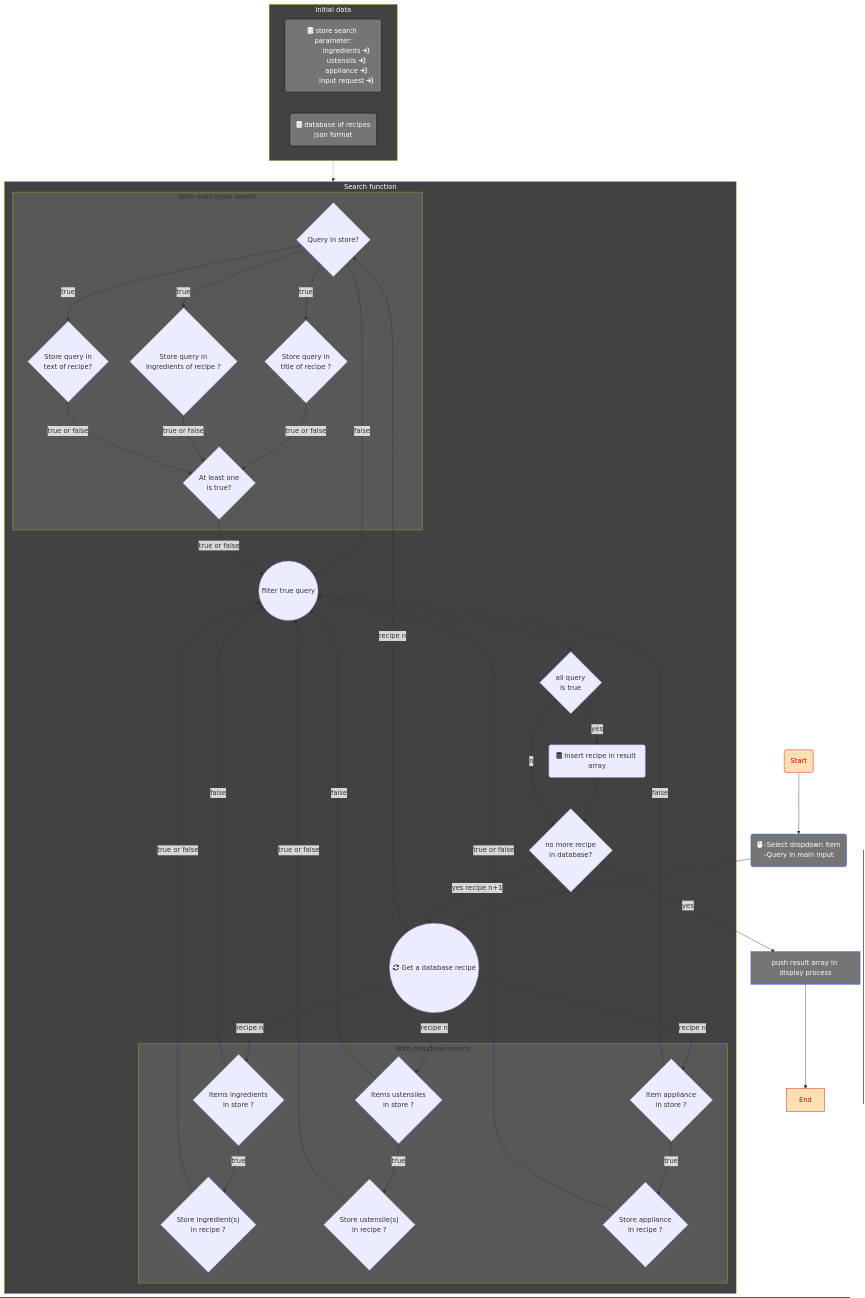
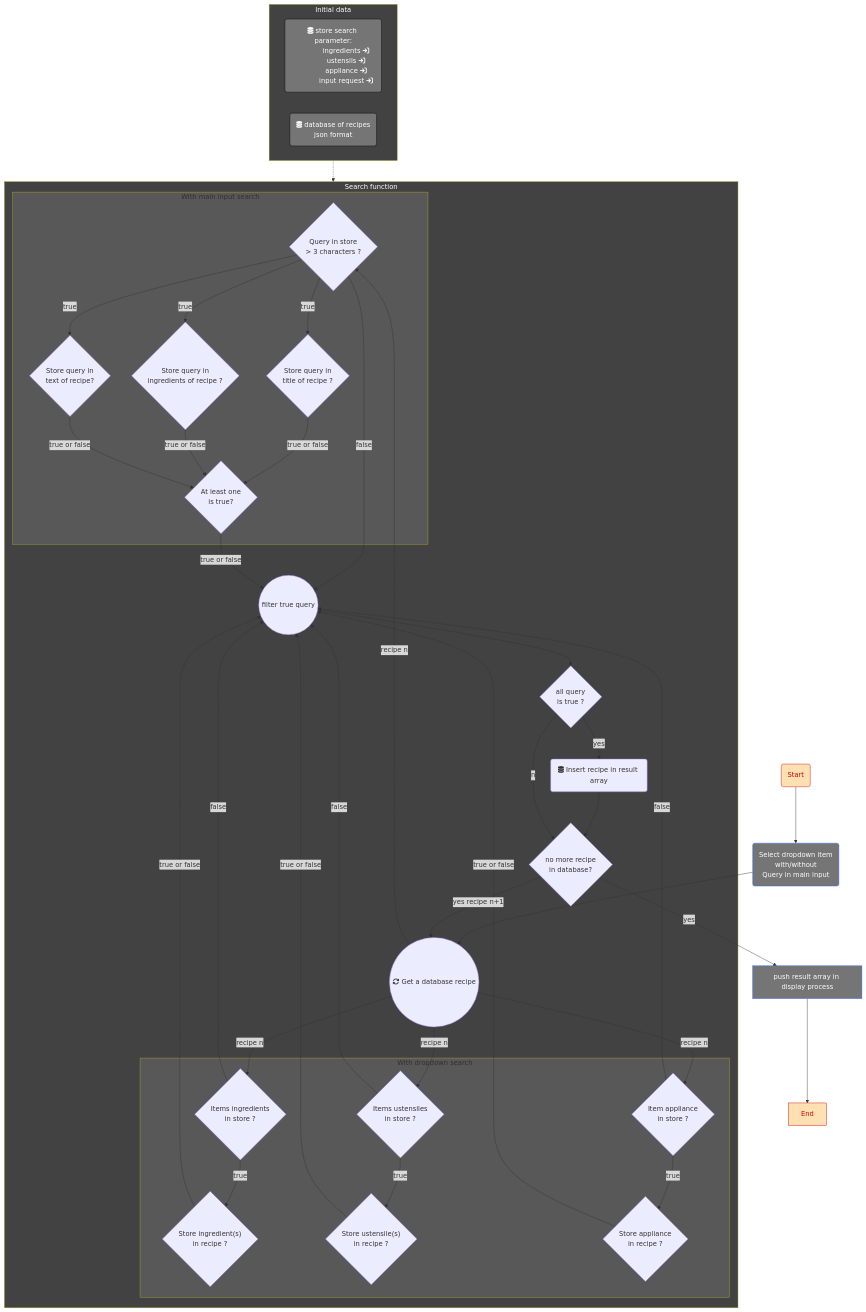
One commit to fbedouet/OC-Project_7--LesPetitsPlats changed the diagram in README.md. Above: the diagram before and after it, drawn with Mermaid. The commit also changed other lines of this file, not shown here.

Commit message:
documentation update

```diff
--- a/README.md
+++ b/README.md
@@ -29,7 +30,7 @@
         get(("fa:fa-arrows-rotate Get a database recipe"))
         filter(("filter true query"))
         processing{all query
-                    is true}
+                    is true ?}
         result("fa:fa-database Insert recipe in result array")
         endList{"no more recipe
         in database?"}
@@ -48,7 +49,8 @@
                         in recipe ?"}
         end
         subgraph testInput["With main input search"]
-            test-query{"Query in store?"}
+            test-query{"Query in store
+                        > 3 characters ?"}
             test-title{"Store query in
                         title of recipe ?"}
             test-desc{"Store query in
@@ -61,8 +63,9 @@
   end
 
     data -.-> search
-    start("Start") --> action("fa:fa-computer-mouse -Select dropdown item 
-                            -Query in main input")
+    start("Start") --> action("Select dropdown item
+                                with/without
+                                Query in main input")
     action --> get
 
     get -- recipe n --> isIng--true-->test-ing
```
